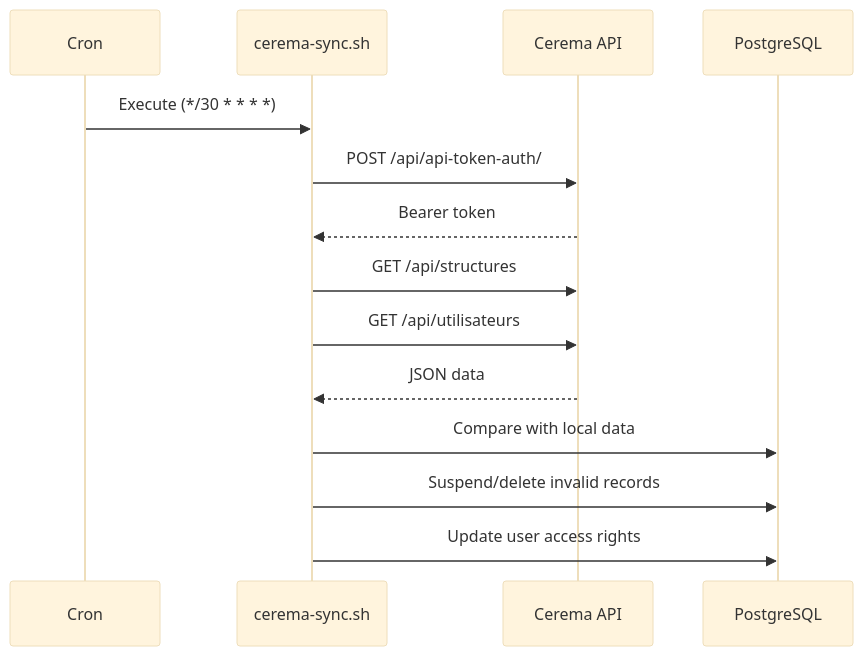
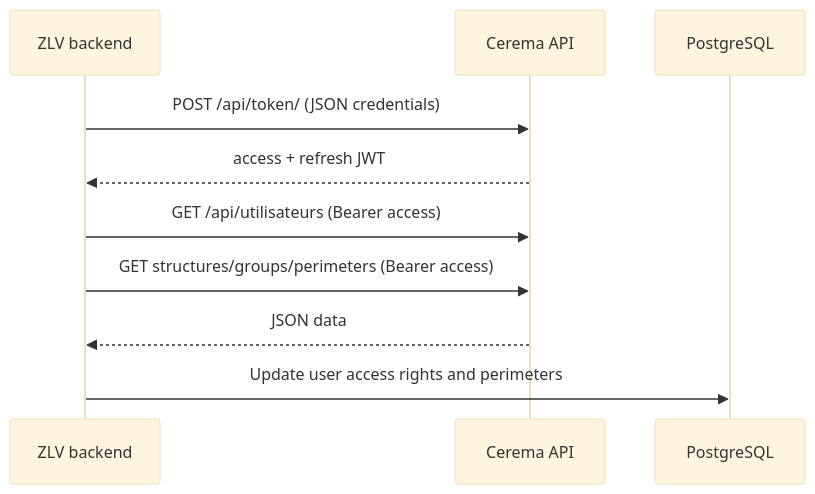
The second of 3 diagrams in docs/architecture/07-integrations.md (MTES-MCT/zero-logement-vacant), drawn with Mermaid (base theme) before and after one commit. The commit also changed other lines of this file and 25 other files, not shown here.

````diff
--- a/docs/architecture/07-integrations.md
+++ b/docs/architecture/07-integrations.md
@@ -80,19 +81,15 @@
 ```mermaid
 sequenceDiagram
-    participant Cron
-    participant Script as cerema-sync.sh
+    participant ZLV as ZLV backend
     participant Cerema as Cerema API
     participant DB as PostgreSQL
 
-    Cron->>Script: Execute (*/30 * * * *)
-    Script->>Cerema: POST /api/api-token-auth/
-    Cerema-->>Script: Bearer token
+    ZLV->>Cerema: POST /api/token/ (JSON credentials)
+    Cerema-->>ZLV: access + refresh JWT
 
-    Script->>Cerema: GET /api/structures
-    Script->>Cerema: GET /api/utilisateurs
-    Cerema-->>Script: JSON data
+    ZLV->>Cerema: GET /api/utilisateurs (Bearer access)
+    ZLV->>Cerema: GET structures/groups/perimeters (Bearer access)
+    Cerema-->>ZLV: JSON data
 
-    Script->>DB: Compare with local data
-    Script->>DB: Suspend/delete invalid records
-    Script->>DB: Update user access rights
+    ZLV->>DB: Update user access rights and perimeters
 ```
````
